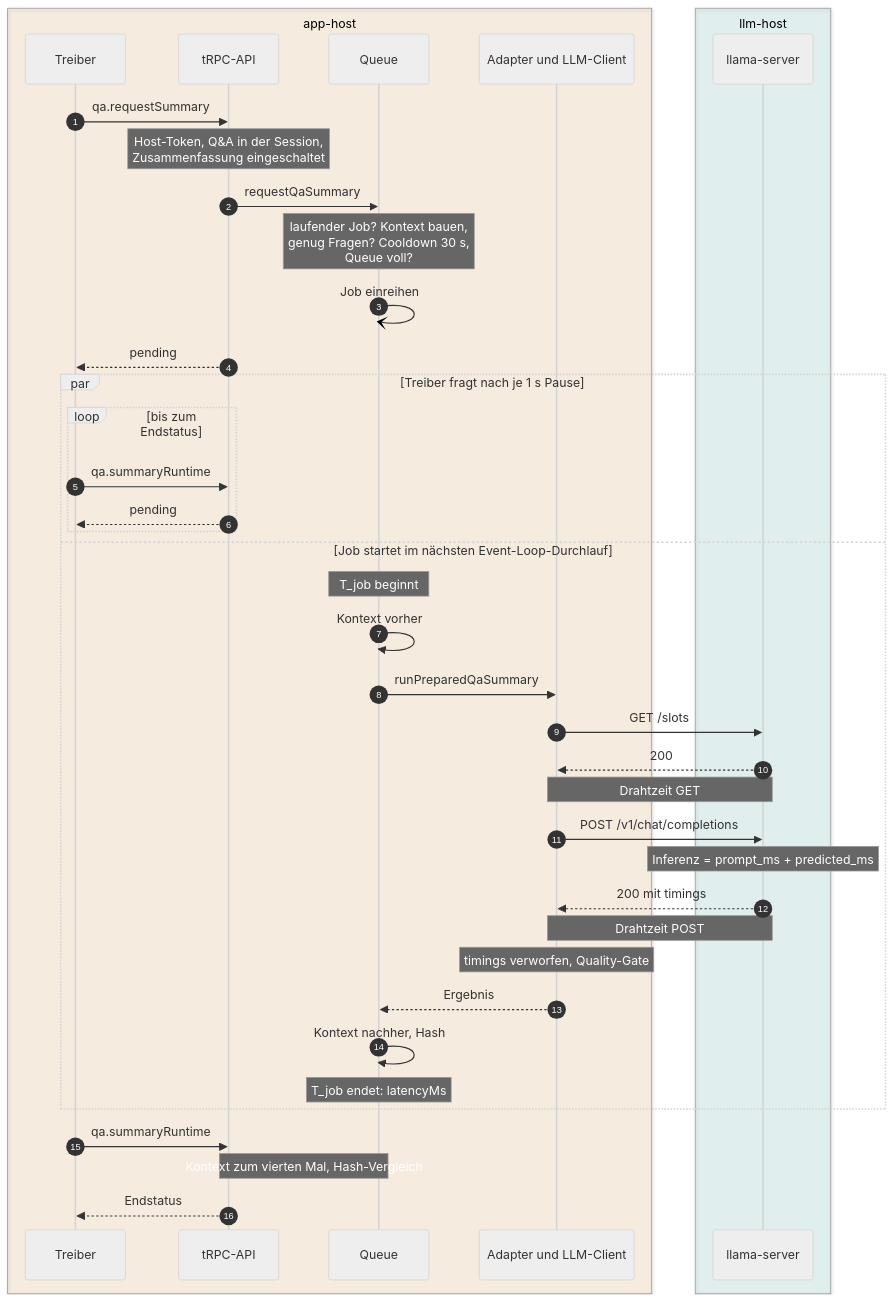
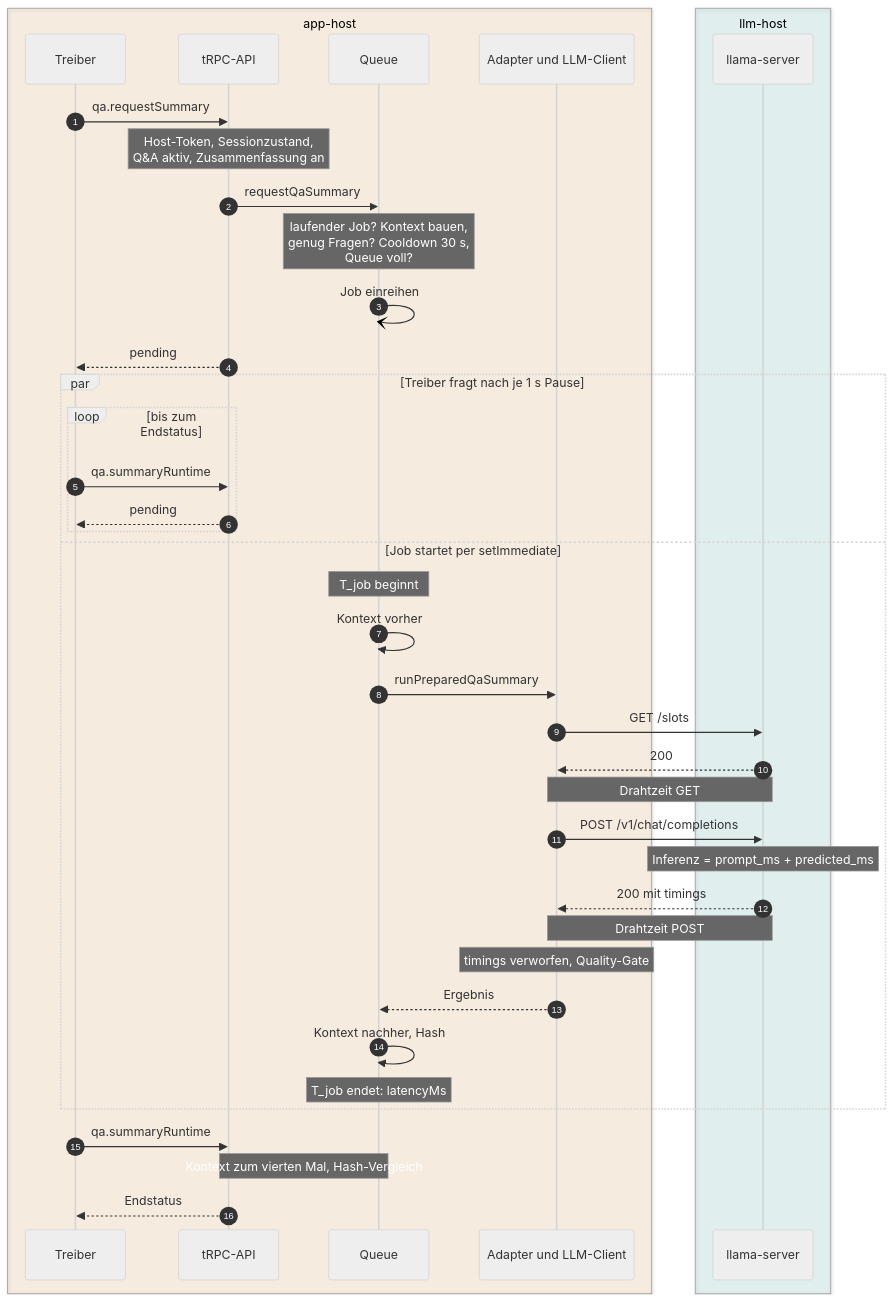
One commit to NiklasSkulll/arsnova.eu changed the diagram in docs/referat-thema-1/diagrams/1b-auftrag-sequenz.mmd. Above: the diagram before and after it, drawn with Mermaid (neutral theme). The commit also changed 6 other files, not shown here.

```diff
--- a/docs/referat-thema-1/diagrams/1b-auftrag-sequenz.mmd
+++ b/docs/referat-thema-1/diagrams/1b-auftrag-sequenz.mmd
@@ -1,51 +1,51 @@
 ---
 config:
   sequence:
     actorMargin: 24
     boxMargin: 9
     noteMargin: 6
     messageMargin: 28
     width: 130
 ---
 sequenceDiagram
   autonumber
   box rgba(217, 119, 6, 0.10) app-host
     participant T as Treiber
     participant A as tRPC-API
     participant Q as Queue
     participant AD as Adapter und LLM-Client
   end
   box rgba(13, 148, 136, 0.10) llm-host
     participant L as llama-server
   end
 
   T->>A: qa.requestSummary
-  Note over A: Host-Token, Q&A in der Session,<br/>Zusammenfassung eingeschaltet
+  Note over A: Host-Token, Sessionzustand,<br/>Q&A aktiv, Zusammenfassung an
   A->>Q: requestQaSummary
   Note over Q: laufender Job? Kontext bauen,<br/>genug Fragen? Cooldown 30 s,<br/>Queue voll?
   Q-)Q: Job einreihen
   A-->>T: pending
   par Treiber fragt nach je 1 s Pause
     loop bis zum Endstatus
       T->>A: qa.summaryRuntime
       A-->>T: pending
     end
-  and Job startet im nächsten Event-Loop-Durchlauf
+  and Job startet per setImmediate
     Note over Q: T_job beginnt
     Q->>Q: Kontext vorher
     Q->>AD: runPreparedQaSummary
     AD->>L: GET /slots
     L-->>AD: 200
     Note over AD,L: Drahtzeit GET
     AD->>L: POST /v1/chat/completions
     Note over L: Inferenz = prompt_ms + predicted_ms
     L-->>AD: 200 mit timings
     Note over AD,L: Drahtzeit POST
     Note over AD: timings verworfen, Quality-Gate
     AD-->>Q: Ergebnis
     Q->>Q: Kontext nachher, Hash
     Note over Q: T_job endet: latencyMs
   end
   T->>A: qa.summaryRuntime
   Note over A,Q: Kontext zum vierten Mal, Hash-Vergleich
   A-->>T: Endstatus
```
